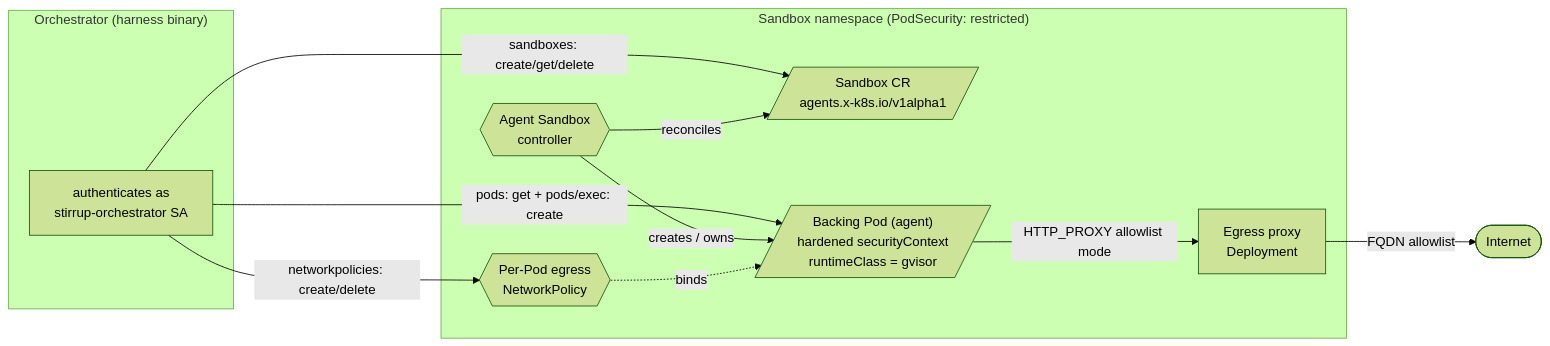
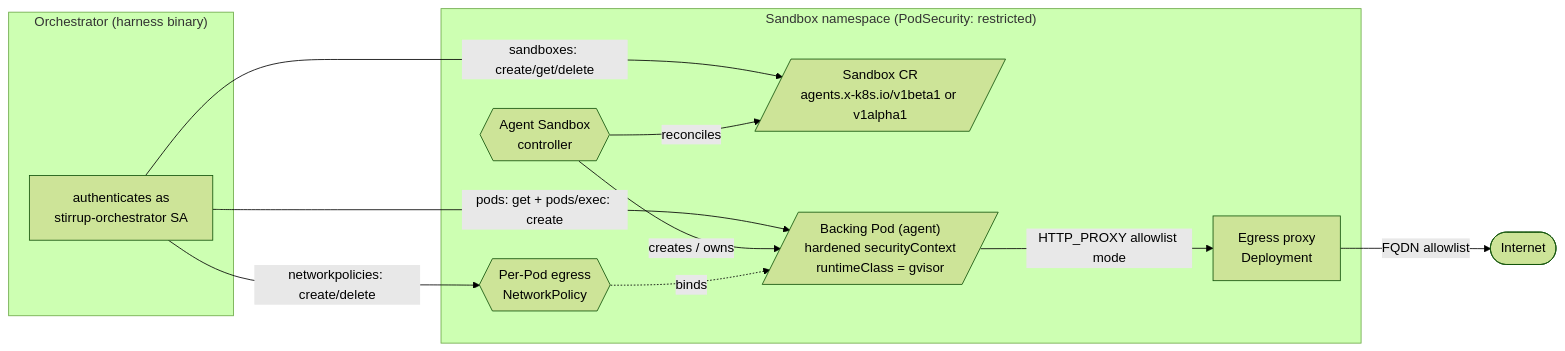
One commit to rxbynerd/stirrup changed the diagram in docs/executors/k8s-agent-sandbox.md. Above: the diagram before and after it, drawn with Mermaid (forest theme). The commit also changed other lines of this file and 7 other files, not shown here.

````diff
--- a/docs/executors/k8s-agent-sandbox.md
+++ b/docs/executors/k8s-agent-sandbox.md
@@ -56,21 +57,21 @@
 ```mermaid
 flowchart LR
   subgraph Orchestrator["Orchestrator (harness binary)"]
     SA[authenticates as<br/>stirrup-orchestrator SA]
   end
   subgraph NS["Sandbox namespace (PodSecurity: restricted)"]
-    SB[/"Sandbox CR<br/>agents.x-k8s.io/v1alpha1"/]
+    SB[/"Sandbox CR<br/>agents.x-k8s.io/v1beta1 or v1alpha1"/]
     Ctl{{Agent Sandbox<br/>controller}}
     NP{{Per-Pod egress<br/>NetworkPolicy}}
     Pod[/"Backing Pod (agent)<br/>hardened securityContext<br/>runtimeClass = gvisor"/]
     Proxy[Egress proxy<br/>Deployment]
   end
   SA -->|sandboxes: create/get/delete| SB
   SA -->|networkpolicies: create/delete| NP
   SA -->|pods: get + pods/exec: create| Pod
   Ctl -->|reconciles| SB
   Ctl -->|creates / owns| Pod
   NP -.->|binds| Pod
   Pod -->|HTTP_PROXY allowlist mode| Proxy
   Proxy -->|FQDN allowlist| Net([Internet])
 ```
````
